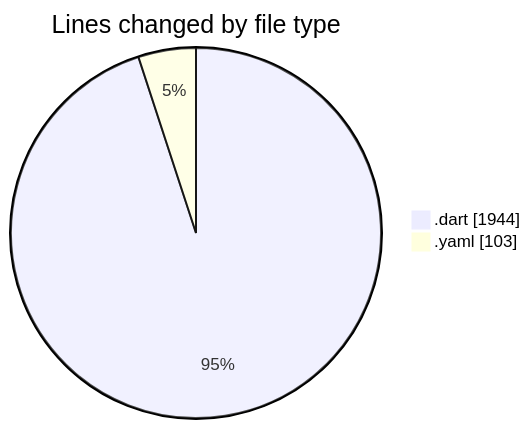
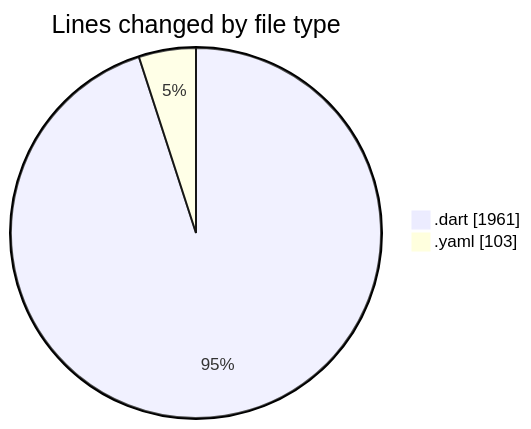
Before and after one commit to donsfak/code-tracking: the first of 2 diagrams in 2025-02-25/trackers_app/README.md, drawn with Mermaid. The commit also changed other lines of this file and 1 other file, not shown here.

````diff
--- a/2025-02-25/trackers_app/README.md
+++ b/2025-02-25/trackers_app/README.md
@@ -31,6 +31,6 @@
 ```mermaid
 pie showData
 title Lines changed by file type
-".dart" : 1944
+".dart" : 1961
 ".yaml" : 103
 ```
````
